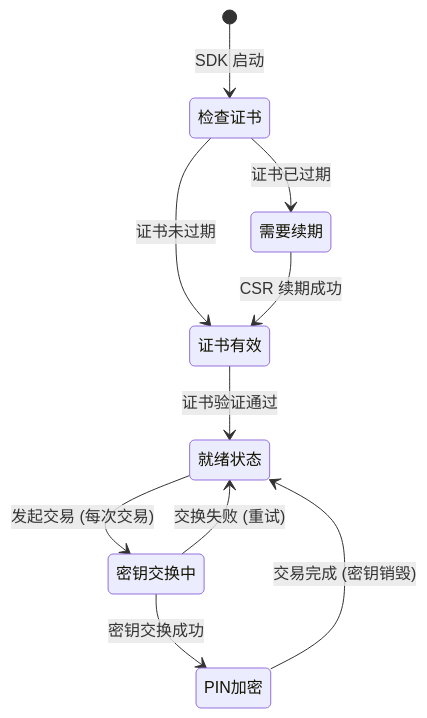
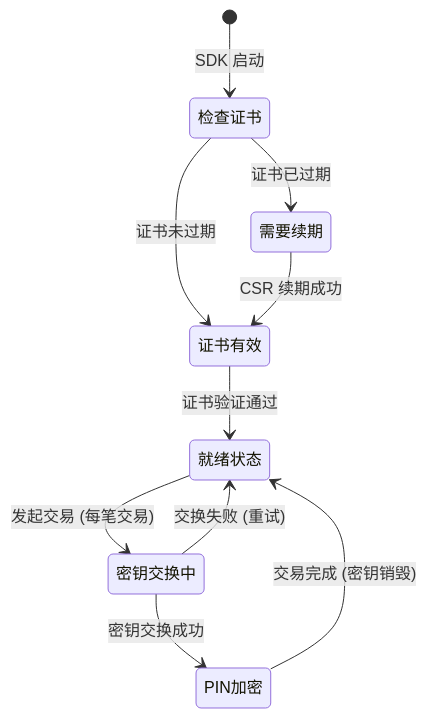
One commit to kevinwangl/sunbay-softpos-docs changed diagram 14 of 21 in solution/MPOC_SDK_API_GUIDE.md. Above: the diagram before and after it, drawn with Mermaid. The commit also changed other lines of this file, not shown here.

````diff
--- a/solution/MPOC_SDK_API_GUIDE.md
+++ b/solution/MPOC_SDK_API_GUIDE.md
@@ -1240,16 +1240,16 @@
 ```mermaid
 stateDiagram-v2
     [*] --> 检查证书: SDK 启动
     检查证书 --> 证书有效: 证书未过期
     检查证书 --> 需要续期: 证书已过期
     
     需要续期 --> 证书有效: CSR 续期成功
     
     证书有效 --> 就绪状态: 证书验证通过
     
-    就绪状态 --> 密钥交换中: 发起交易 (每次交易)
+    就绪状态 --> 密钥交换中: 发起交易 (每笔交易)
     密钥交换中 --> PIN加密: 密钥交换成功
     密钥交换中 --> 就绪状态: 交换失败 (重试)
     
     PIN加密 --> 就绪状态: 交易完成 (密钥销毁)
 ```
````
